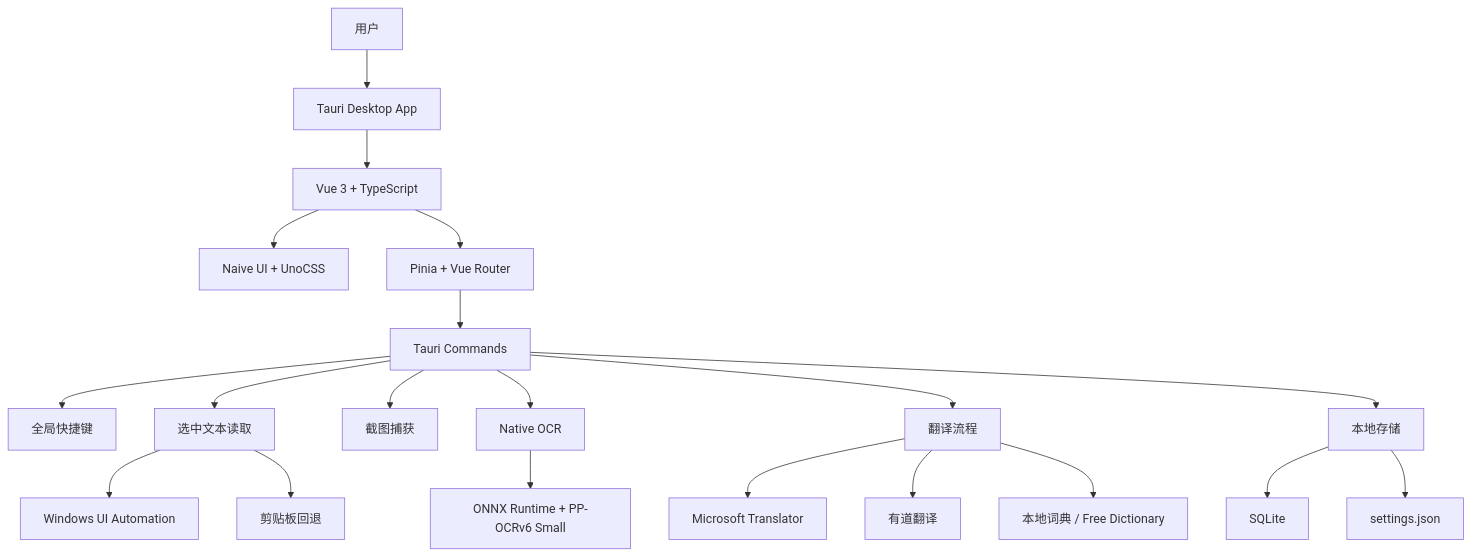
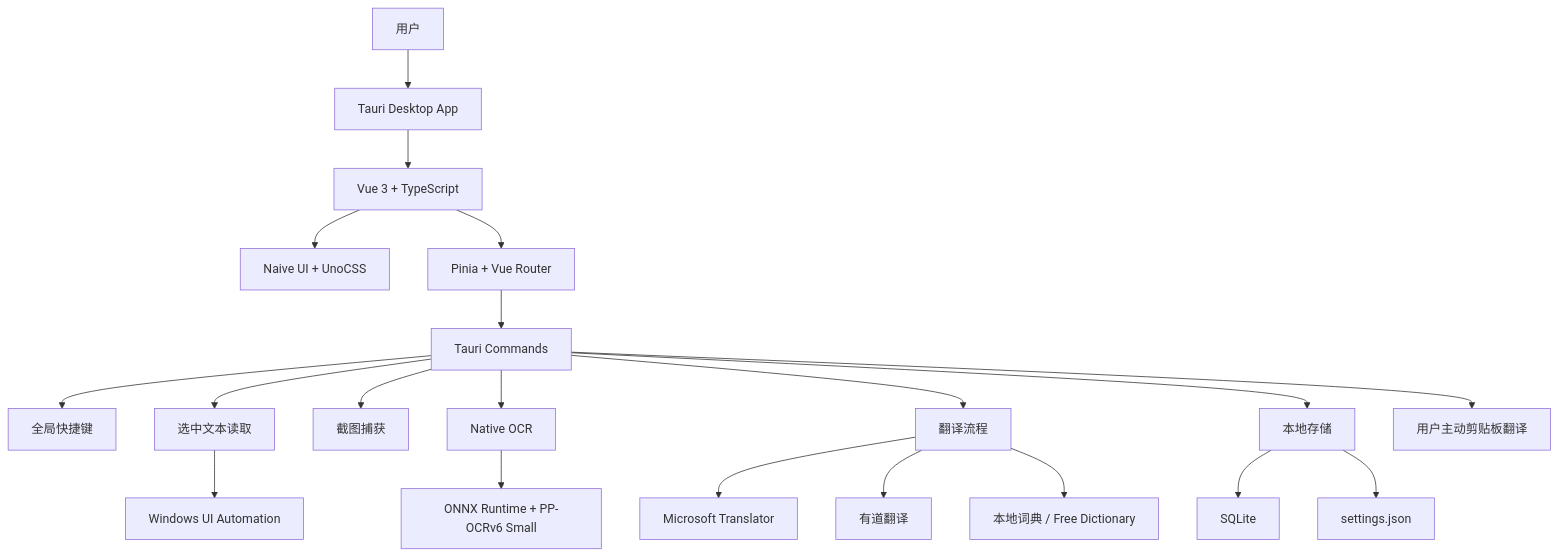
One commit to inorilzy/Translationrecordingtool changed the second of 3 diagrams in README.md. Above: the diagram before and after it, drawn with Mermaid. The commit also changed other lines of this file and 105 other files, not shown here.

````diff
--- a/README.md
+++ b/README.md
@@ -82,25 +82,25 @@
 ```mermaid
 flowchart TB
   User[用户] --> App[Tauri Desktop App]
 
   App --> Frontend[Vue 3 + TypeScript]
   Frontend --> UI[Naive UI + UnoCSS]
   Frontend --> Store[Pinia + Vue Router]
   Store --> Commands[Tauri Commands]
 
   Commands --> Shortcut[全局快捷键]
   Commands --> Selection[选中文本读取]
   Commands --> Screenshot[截图捕获]
   Commands --> OCR[Native OCR]
   Commands --> Translate[翻译流程]
   Commands --> Storage[本地存储]
 
   Selection --> UIA[Windows UI Automation]
-  Selection --> Clipboard[剪贴板回退]
+  Commands --> Clipboard[用户主动剪贴板翻译]
   OCR --> Runtime[ONNX Runtime + PP-OCRv6 Small]
   Translate --> Microsoft[Microsoft Translator]
   Translate --> Youdao[有道翻译]
   Translate --> Dict[本地词典 / Free Dictionary]
   Storage --> SQLite[SQLite]
   Storage --> Settings[settings.json]
 ```
````
